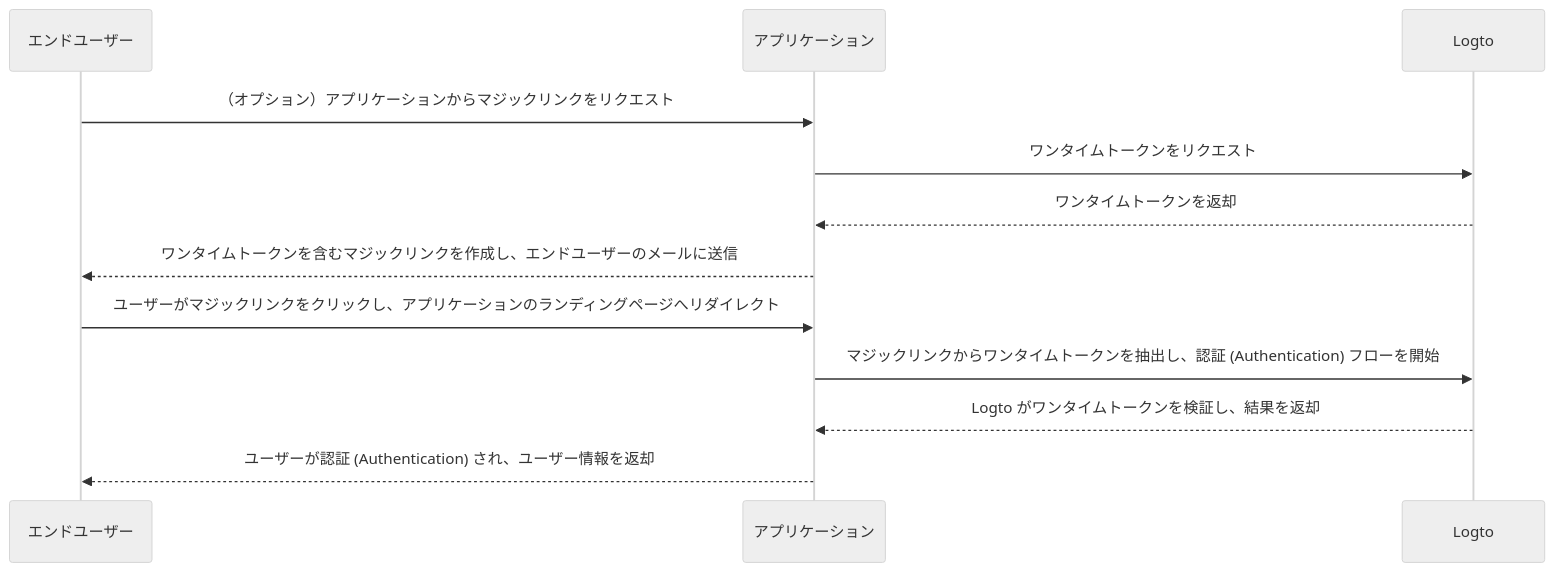
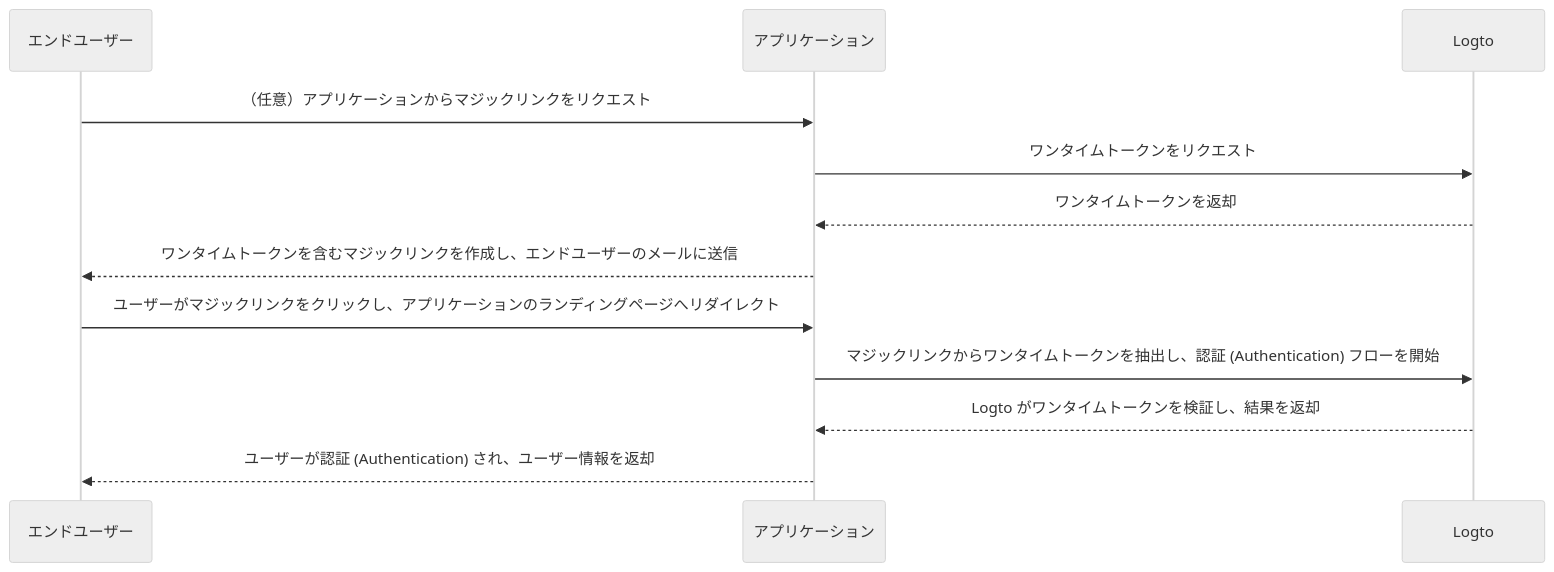
The diagram in i18n/ja/docusaurus-plugin-content-docs/current/end-user-flows/one-time-token.mdx (logto-io/docs), drawn with Mermaid (neutral theme) before and after one commit. The commit also changed other lines of this file and 47 other files, not shown here.

````diff
--- a/i18n/ja/docusaurus-plugin-content-docs/current/end-user-flows/one-time-token.mdx
+++ b/i18n/ja/docusaurus-plugin-content-docs/current/end-user-flows/one-time-token.mdx
@@ -38,15 +38,15 @@
 ```mermaid
 sequenceDiagram
   participant U as エンドユーザー
   participant C as アプリケーション
   participant L as Logto
 
-  U ->> C: （オプション）アプリケーションからマジックリンクをリクエスト
+  U ->> C: （任意）アプリケーションからマジックリンクをリクエスト
   C ->> L: ワンタイムトークンをリクエスト
   L -->> C: ワンタイムトークンを返却
   C -->> U: ワンタイムトークンを含むマジックリンクを作成し、エンドユーザーのメールに送信
   U ->> C: ユーザーがマジックリンクをクリックし、アプリケーションのランディングページへリダイレクト
   C ->> L: マジックリンクからワンタイムトークンを抽出し、認証 (Authentication) フローを開始
   L -->> C: Logto がワンタイムトークンを検証し、結果を返却
   C -->> U: ユーザーが認証 (Authentication) され、ユーザー情報を返却
 ```
````
